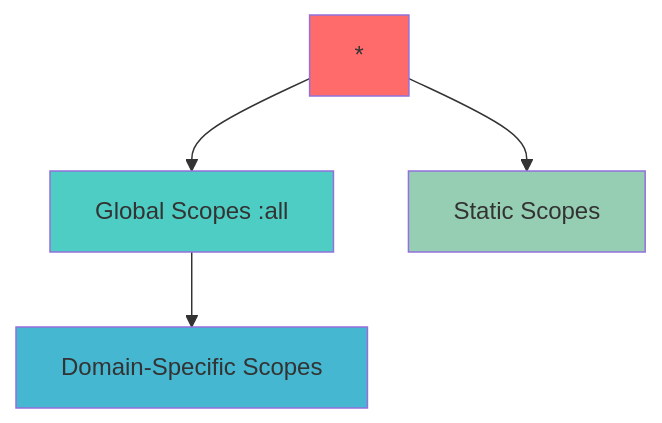
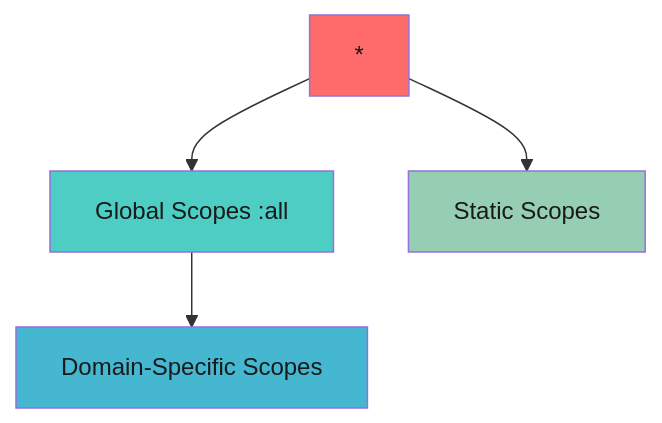
Before and after one commit to AhaSend/docs: the diagram in api-reference/scopes.mdx, drawn with Mermaid.

Commit message:
Docs: make the scope hierarchy chart text readable
The chart set box fills but no text color, so dark mode drew white text on the light boxes.

````diff
--- a/api-reference/scopes.mdx
+++ b/api-reference/scopes.mdx
@@ -258,11 +258,11 @@
 ```mermaid
 graph TD
     A["&ast;"] --> B[Global Scopes :all]
     B --> C[Domain-Specific Scopes]
     A --> D[Static Scopes]
 
-    style A fill:#ff6b6b
-    style B fill:#4ecdc4
-    style C fill:#45b7d1
-    style D fill:#96ceb4
+    style A fill:#ff6b6b,color:#1a1a1a
+    style B fill:#4ecdc4,color:#1a1a1a
+    style C fill:#45b7d1,color:#1a1a1a
+    style D fill:#96ceb4,color:#1a1a1a
 ```
````
